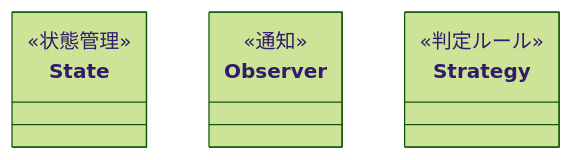
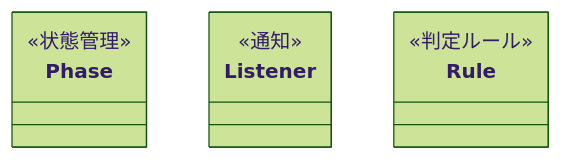
One commit to kumachan1101-pixel/DesignPattern changed the ninth of 10 diagrams in kindle/design-patterns/output/chapter12.md. Above: the diagram before and after it, drawn with Mermaid (forest theme). The commit also changed other lines of this file, not shown here.

````diff
--- a/kindle/design-patterns/output/chapter12.md
+++ b/kindle/design-patterns/output/chapter12.md
@@ -1352,7 +1352,7 @@
 ```mermaid
 classDiagram
-    class State { <<状態管理>> }
-    class Observer { <<通知>> }
-    class Strategy { <<判定ルール>> }
+    class Phase { <<状態管理>> }
+    class Listener { <<通知>> }
+    class Rule { <<判定ルール>> }
 
 ```
````
